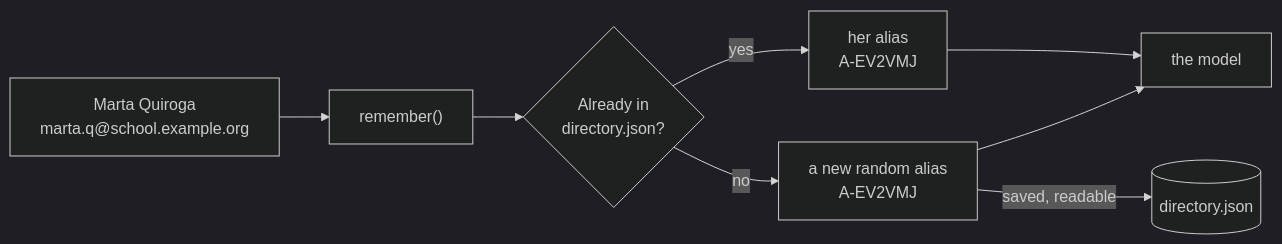
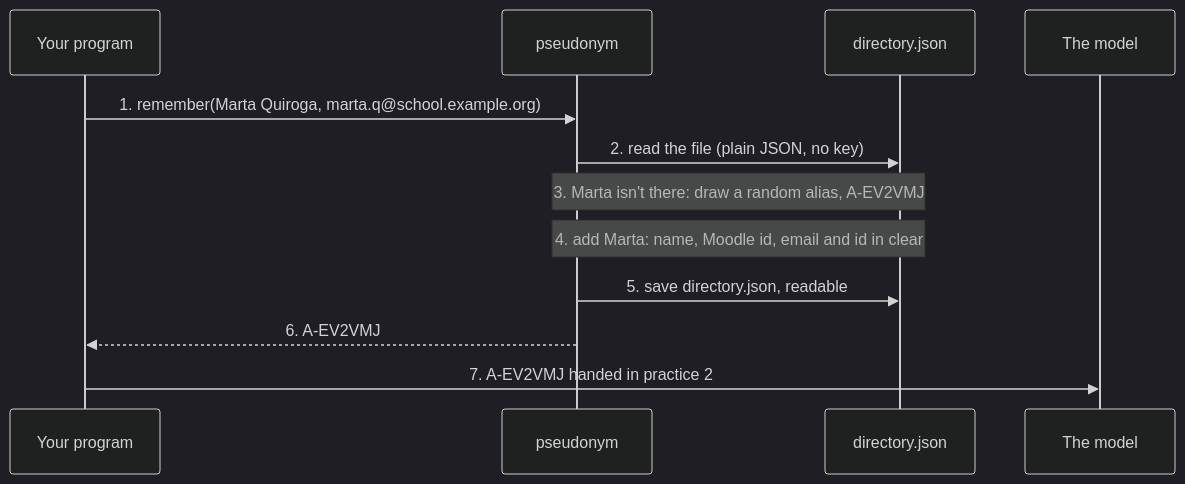
One commit to falkenslab/pseudonym changed the sixth of 9 diagrams in docs/content/guides/storage.md. Above: the diagram before and after it, drawn with Mermaid (dark theme). The commit also changed other lines of this file and 6 other files, not shown here.

First line of the commit message:
docs: step-by-step diagrams for each storage mode

````diff
--- a/docs/content/guides/storage.md
+++ b/docs/content/guides/storage.md
@@ -97,10 +150,14 @@
 ```mermaid
-flowchart LR
-  P["Marta Quiroga<br/>marta.q@school.example.org"] --> R["remember()"]
-  R --> Q{"Already in<br/>directory.json?"}
-  Q -->|"yes"| O["her alias<br/>A-EV2VMJ"]
-  Q -->|"no"| N["a new random alias<br/>A-EV2VMJ"]
-  N -->|"saved, readable"| J[("directory.json")]
-  O --> M["the model"]
-  N --> M
+sequenceDiagram
+  participant P as Your program
+  participant L as pseudonym
+  participant D as directory.json
+  participant M as The model
+  P->>L: 1. remember(Marta Quiroga, marta.q@school.example.org)
+  L->>D: 2. read the file (plain JSON, no key)
+  Note over L,D: 3. Marta isn't there: draw a random alias, A-EV2VMJ
+  Note over L,D: 4. add Marta: name, Moodle id, email and id in clear
+  L->>D: 5. save directory.json, readable
+  L-->>P: 6. A-EV2VMJ
+  P->>M: 7. A-EV2VMJ handed in practice 2
 ```
````
